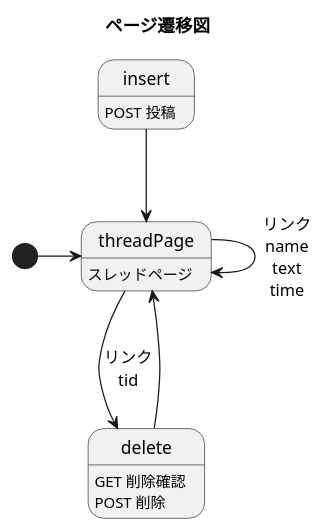
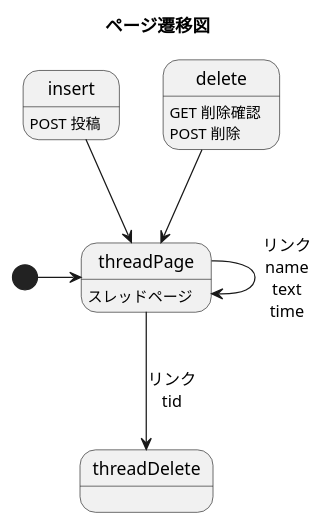
One commit to R-Nakagawa87/WebExample changed the diagram in uml/screenTransitionDiagram_thread.pu. Above: the diagram before and after it, drawn with PlantUML. The commit also changed 10 other files, not shown here.

```diff
--- a/uml/screenTransitionDiagram_thread.pu
+++ b/uml/screenTransitionDiagram_thread.pu
@@ -1,15 +1,15 @@
 @startuml
 title ページ遷移図
 
 threadPage : スレッドページ
 insert : POST 投稿
 delete : GET 削除確認\nPOST 削除
 
 [*] -> threadPage
 threadPage --> threadPage:リンク\nname\ntext\ntime
 insert --> threadPage
 
-threadPage --> delete:リンク\ntid
+threadPage --> threadDelete:リンク\ntid
 delete --> threadPage
 
 @enduml
```
